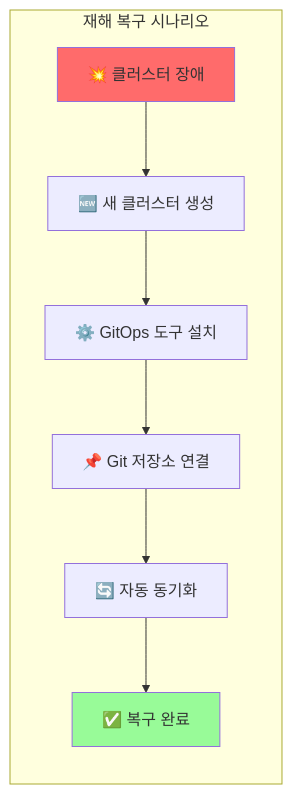
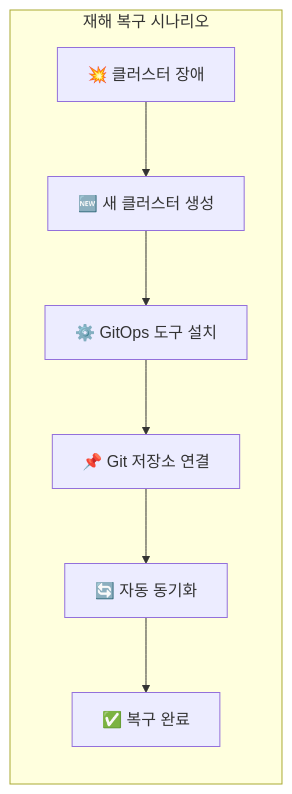
One commit to juwon8891/juwon8891.github.io changed the third of 41 diagrams in docs/cicd/week1-image-build.md. Above: the diagram before and after it, drawn with Mermaid. The commit also changed other lines of this file and 18 other files, not shown here.

Commit message:
Remove bright colors from Mermaid diagrams for dark mode compatibility

````diff
--- a/docs/cicd/week1-image-build.md
+++ b/docs/cicd/week1-image-build.md
@@ -134,13 +130,11 @@
 ```mermaid
 graph LR
     subgraph "재해 복구 시나리오"
         DISASTER[💥 클러스터 장애] --> NEW_CLUSTER[🆕 새 클러스터 생성]
         NEW_CLUSTER --> INSTALL_GITOPS[⚙️ GitOps 도구 설치]
         INSTALL_GITOPS --> POINT_TO_GIT[📌 Git 저장소 연결]
         POINT_TO_GIT --> AUTO_SYNC[🔄 자동 동기화]
         AUTO_SYNC --> RESTORED[✅ 복구 완료]
 
-        style DISASTER fill:#FF6B6B
-        style RESTORED fill:#98FB98
     end
 ```
````
